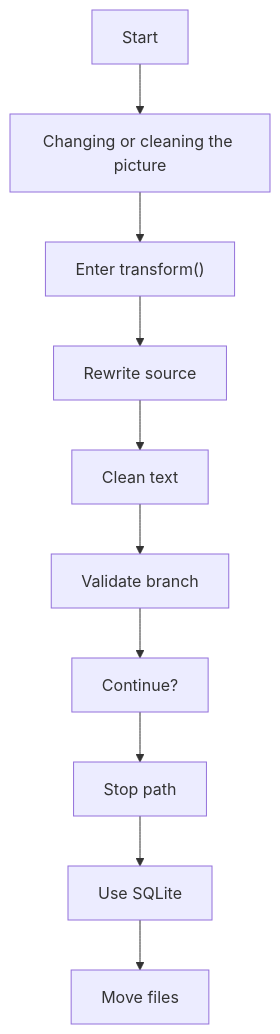
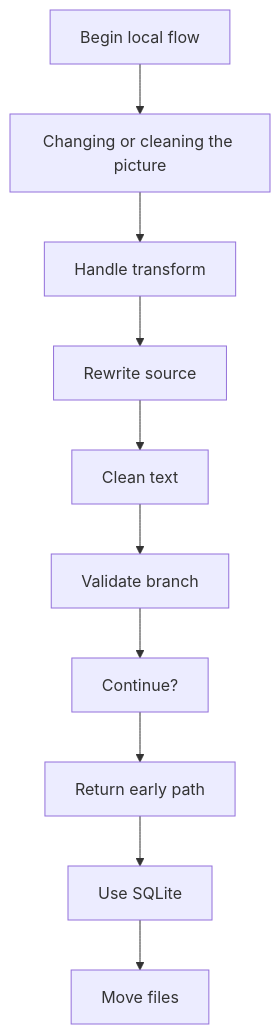
One commit to JohnAndrewBalbarosa/NeoTerritory changed the first of 4 diagrams in docs/Codebase/Backend/src/controllers/transformController.js.md. Above: the diagram before and after it, drawn with Mermaid. The commit also changed other lines of this file and 915 other files, not shown here.

````diff
--- a/docs/Codebase/Backend/src/controllers/transformController.js.md
+++ b/docs/Codebase/Backend/src/controllers/transformController.js.md
@@ -25,22 +24,22 @@
 ```mermaid
 flowchart TD
-    N0["Start"]
+    N0["Begin local flow"]
     N1["Changing or cleaning the picture"]
-    N2["Enter transform()"]
+    N2["Handle transform"]
     N3["Rewrite source"]
     N4["Clean text"]
     N5["Validate branch"]
     N6["Continue?"]
-    N7["Stop path"]
+    N7["Return early path"]
     N8["Use SQLite"]
     N9["Move files"]
     N0 --> N1
     N1 --> N2
     N2 --> N3
     N3 --> N4
     N4 --> N5
     N5 --> N6
     N6 --> N7
     N7 --> N8
     N8 --> N9
 ```
````
